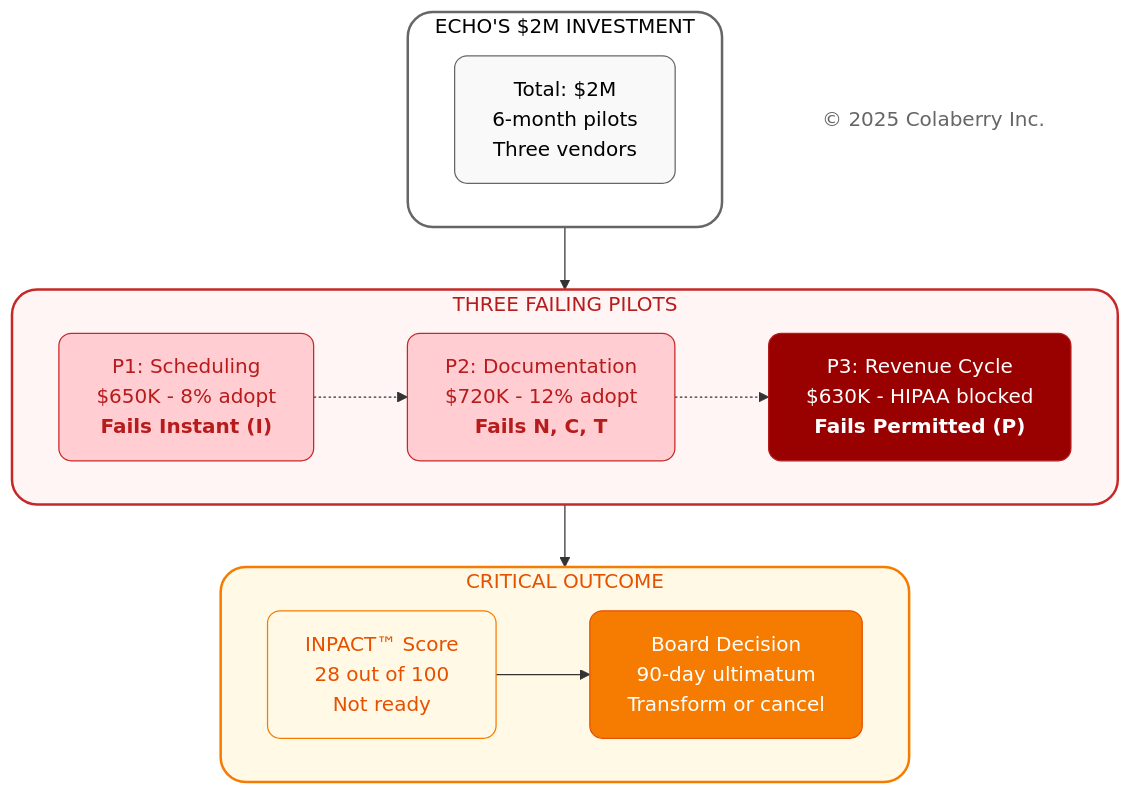
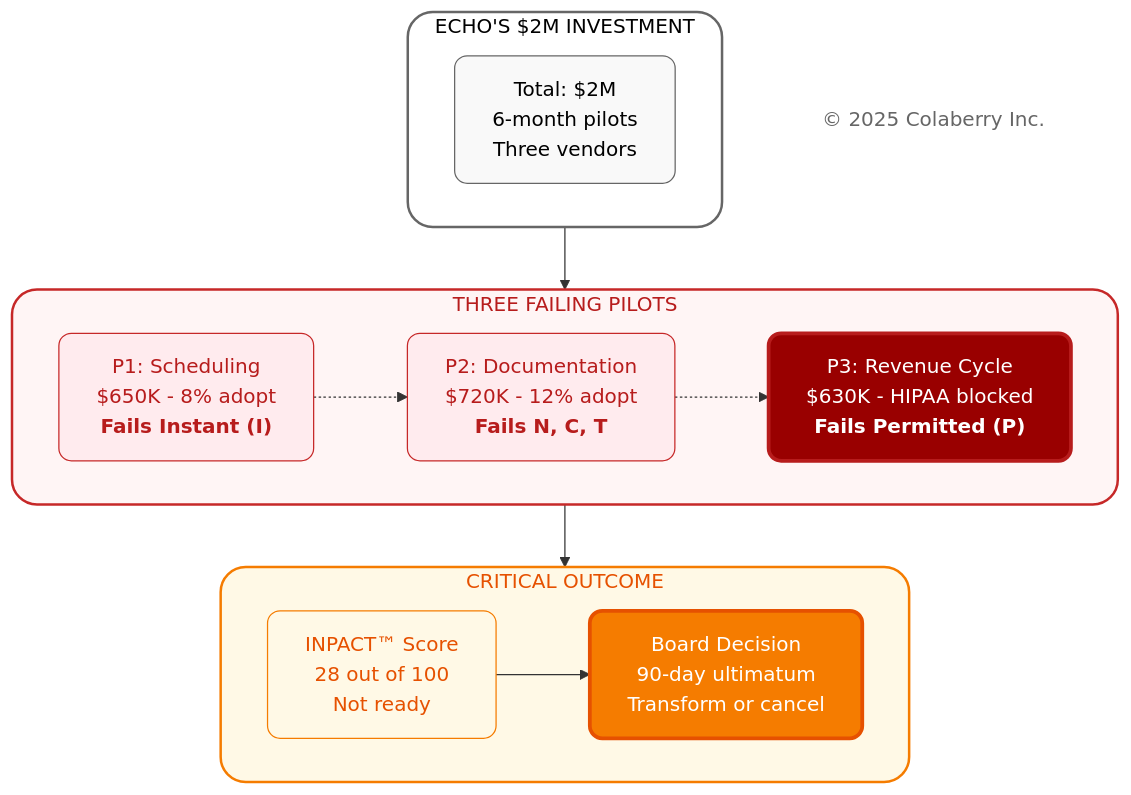
One commit to saitejesh-cyber/trust-before-intelligence-book changed the sixth of 6 diagrams in manuscript/02_chapter_1_why_agents_fail.md. Above: the diagram before and after it, drawn with Mermaid. The commit also changed other lines of this file, not shown here.

Commit message:
Chapter2: Updated mermaid diagrams based on new colaberry color code

````diff
--- a/manuscript/02_chapter_1_why_agents_fail.md
+++ b/manuscript/02_chapter_1_why_agents_fail.md
@@ -615,41 +615,41 @@
 ```mermaid
 
 graph TB
     subgraph investment["ECHO'S $2M INVESTMENT"]
         TOTAL["Total: $2M<br/>6-month pilots<br/>Three vendors"]
     end
     
     subgraph pilots["THREE FAILING PILOTS"]
         P1["P1: Scheduling<br/>$650K - 8% adopt<br/><b>Fails Instant (I)</b>"]
         
         P2["P2: Documentation<br/>$720K - 12% adopt<br/><b>Fails N, C, T</b>"]
         
         P3["P3: Revenue Cycle<br/>$630K - HIPAA blocked<br/><b>Fails Permitted (P)</b>"]
         
         P1 -.-> P2 -.-> P3
     end
     
     subgraph outcome["CRITICAL OUTCOME"]
         SCORE["INPACT™ Score<br/>28 out of 100<br/>Not ready"]
         
         DECISION["Board Decision<br/>90-day ultimatum<br/>Transform or cancel"]
         
         SCORE --> DECISION
     end
     
     investment --> pilots --> outcome
     
     Copyright["© 2025 Colaberry Inc."]
     
     style investment fill:#ffffff,stroke:#666666,stroke-width:2px,color:#000000,rx:20,ry:20
     style TOTAL fill:#f9f9f9,stroke:#666666,stroke-width:1px,color:#000000,rx:10,ry:10
     style pilots fill:#fff5f5,stroke:#c62828,stroke-width:2px,color:#b71c1c,rx:20,ry:20
-    style P1 fill:#ffcdd2,stroke:#c62828,stroke-width:1px,color:#b71c1c,rx:10,ry:10
-    style P2 fill:#ffcdd2,stroke:#c62828,stroke-width:1px,color:#b71c1c,rx:10,ry:10
-    style P3 fill:#990000,stroke:#b71c1c,stroke-width:1px,color:#ffffff,rx:10,ry:10
+    style P1 fill:#ffebee,stroke:#c62828,stroke-width:1px,color:#b71c1c,rx:10,ry:10
+    style P2 fill:#ffebee,stroke:#c62828,stroke-width:1px,color:#b71c1c,rx:10,ry:10
+    style P3 fill:#990000,stroke:#b71c1c,stroke-width:3px,color:#ffffff,rx:10,ry:10
     style outcome fill:#fff9e6,stroke:#f57c00,stroke-width:2px,color:#e65100,rx:20,ry:20
     style SCORE fill:#fff9e6,stroke:#f57c00,stroke-width:1px,color:#e65100,rx:10,ry:10
-    style DECISION fill:#f57c00,stroke:#e65100,stroke-width:1px,color:#ffffff,rx:10,ry:10
+    style DECISION fill:#f57c00,stroke:#e65100,stroke-width:3px,color:#ffffff,rx:10,ry:10
     style Copyright fill:none,stroke:none,color:#666666
 
 ```
````
